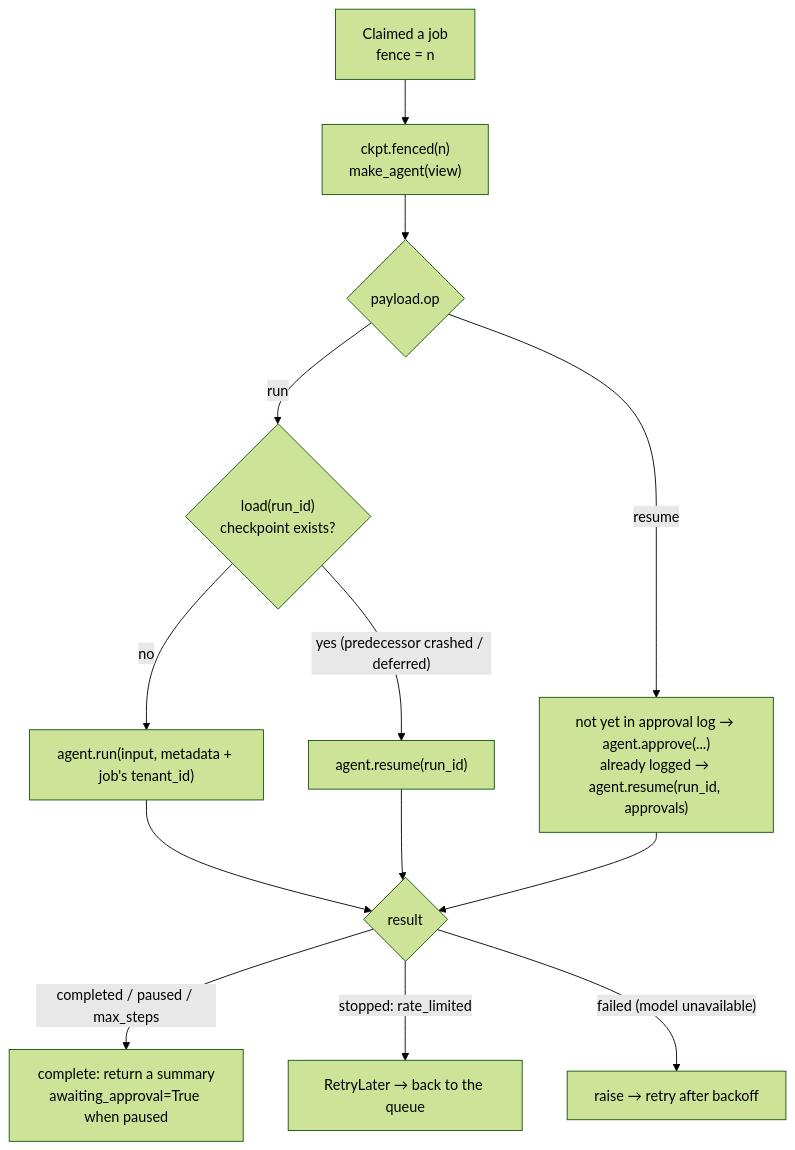
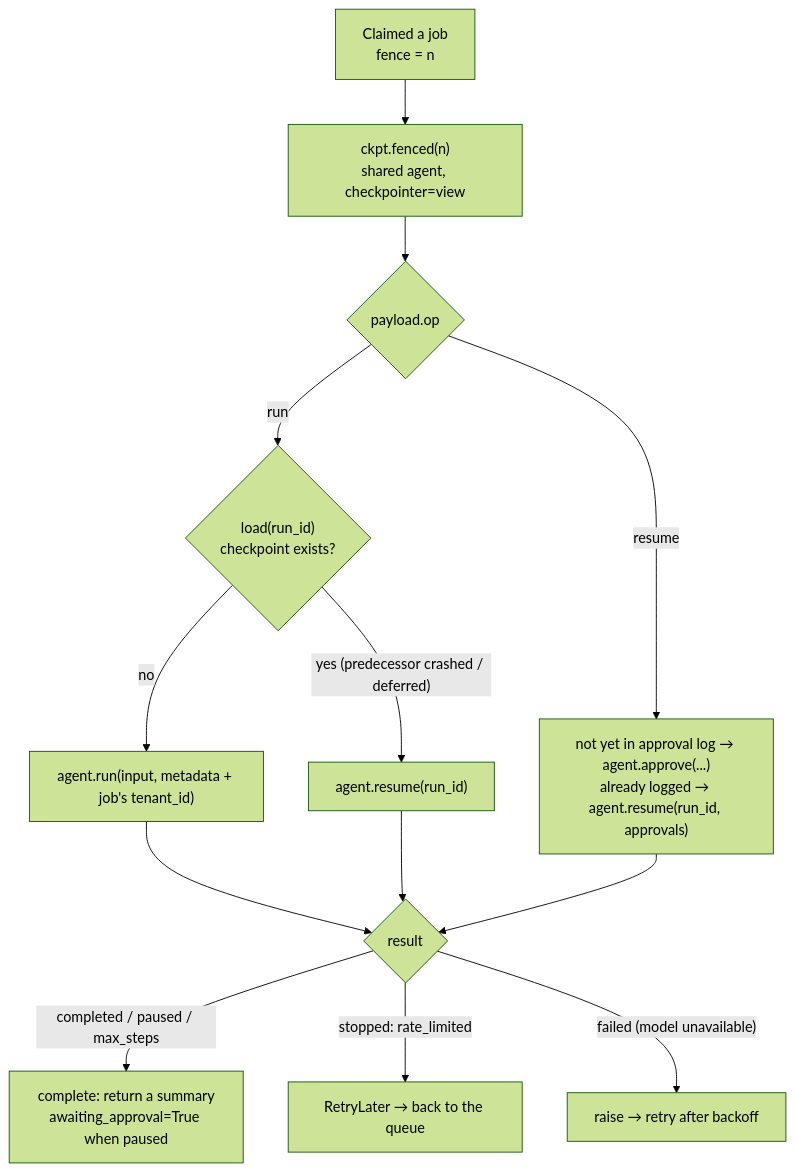
One commit to heaven999b/hello-agent-system changed the fourth of 4 diagrams in lessons/26_state_and_queues/README.en.md. Above: the diagram before and after it, drawn with Mermaid (forest theme). The commit also changed other lines of this file and 21 other files, not shown here.

````diff
--- a/lessons/26_state_and_queues/README.en.md
+++ b/lessons/26_state_and_queues/README.en.md
@@ -413,13 +415,13 @@
 ```mermaid
 flowchart TB
-    J["Claimed a job<br/>fence = n"] --> V["ckpt.fenced(n)<br/>make_agent(view)"]
+    J["Claimed a job<br/>fence = n"] --> V["ckpt.fenced(n)<br/>shared agent, checkpointer=view"]
     V --> OP{"payload.op"}
     OP -->|run| L{"load(run_id)<br/>checkpoint exists?"}
     L -->|"no"| RUN["agent.run(input, metadata + job's tenant_id)"]
     L -->|"yes (predecessor crashed / deferred)"| RES["agent.resume(run_id)"]
     OP -->|resume| AP["not yet in approval log → agent.approve(...)<br/>already logged → agent.resume(run_id, approvals)"]
     RUN & RES & AP --> OUT{"result"}
     OUT -->|"completed / paused / max_steps"| C["complete: return a summary<br/>awaiting_approval=True when paused"]
     OUT -->|"stopped: rate_limited"| D["RetryLater → back to the queue"]
     OUT -->|"failed (model unavailable)"| F["raise → retry after backoff"]
 ```
````
